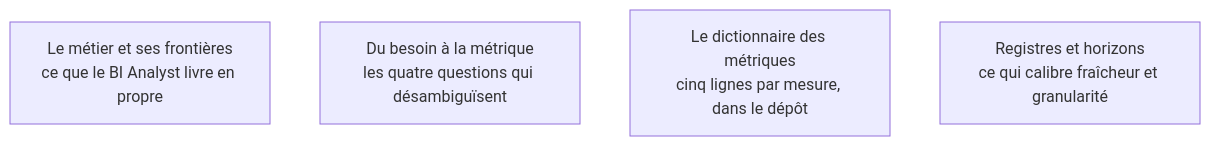
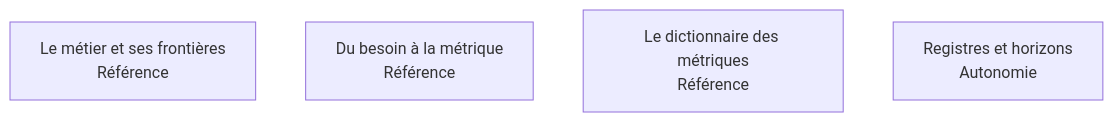
The diagram in content/parcours/bi-analyst/cadrage-et-besoin/index.md (floSa/Atlas-Metiers-Roadmaps), drawn with Mermaid before and after one commit. The commit also changed 20 other files, not shown here.

First line of the commit message:
Data Analyst et BI Analyst : le niveau attendu passe dans les cases des cartes

````diff
--- a/content/parcours/bi-analyst/cadrage-et-besoin/index.md
+++ b/content/parcours/bi-analyst/cadrage-et-besoin/index.md
@@ -11,12 +11,12 @@
 ```mermaid
 flowchart TD
-  M["Le métier et ses frontières<br/>ce que le BI Analyst livre en propre"]
-  B["Du besoin à la métrique<br/>les quatre questions qui désambiguïsent"]
-  D["Le dictionnaire des métriques<br/>cinq lignes par mesure, dans le dépôt"]
-  R["Registres et horizons<br/>ce qui calibre fraîcheur et granularité"]
+  M["Le métier et ses frontières<br/>Référence"]
+  B["Du besoin à la métrique<br/>Référence"]
+  D["Le dictionnaire des métriques<br/>Référence"]
+  R["Registres et horizons<br/>Autonomie"]
 
   click M "/parcours/bi-analyst/cadrage-et-besoin/le-metier-et-ses-frontieres"
   click B "/parcours/bi-analyst/cadrage-et-besoin/du-besoin-a-la-metrique"
   click D "/parcours/bi-analyst/cadrage-et-besoin/le-dictionnaire-des-metriques"
   click R "/parcours/bi-analyst/cadrage-et-besoin/les-registres-et-les-horizons"
 ```
````
